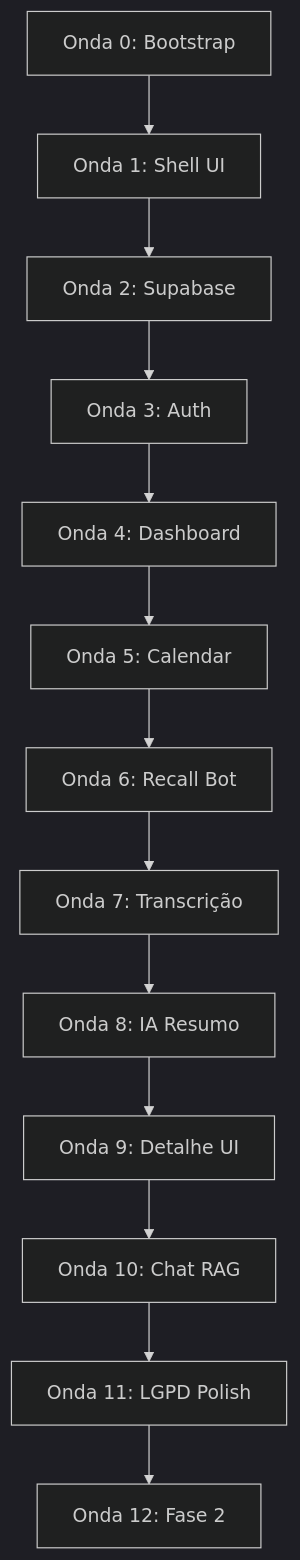
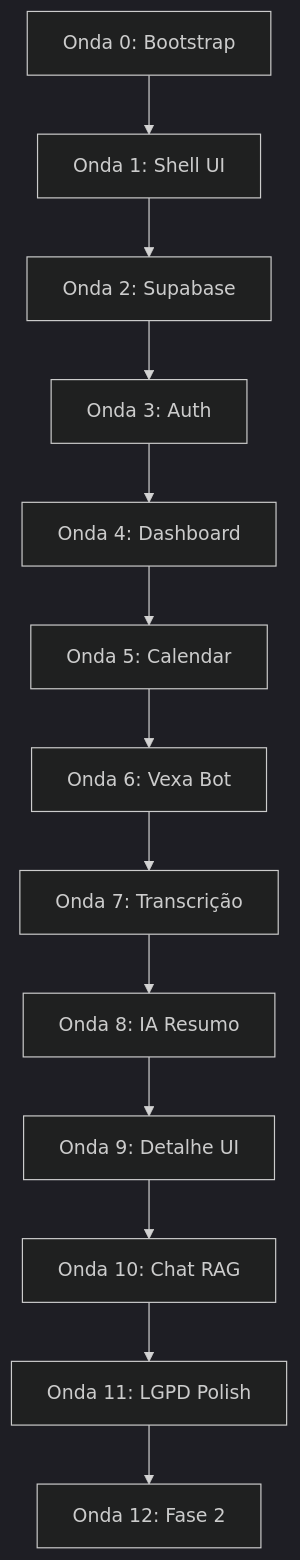
Before and after one commit to solerpedroo/reuniai: the first of 3 diagrams in implementation-plan.md, drawn with Mermaid (dark theme). The commit also changed other lines of this file, not shown here.

Commit message:
docs(wave-6): document native transcript cron and fix Vexa naming in plan

````diff
--- a/implementation-plan.md
+++ b/implementation-plan.md
@@ -62,15 +62,15 @@
 ```mermaid
 flowchart TD
     O0[Onda 0: Bootstrap] --> O1[Onda 1: Shell UI]
     O1 --> O2[Onda 2: Supabase]
     O2 --> O3[Onda 3: Auth]
     O3 --> O4[Onda 4: Dashboard]
     O4 --> O5[Onda 5: Calendar]
-    O5 --> O6[Onda 6: Recall Bot]
+    O5 --> O6[Onda 6: Vexa Bot]
     O6 --> O7[Onda 7: Transcrição]
     O7 --> O8[Onda 8: IA Resumo]
     O8 --> O9[Onda 9: Detalhe UI]
     O9 --> O10[Onda 10: Chat RAG]
     O10 --> O11[Onda 11: LGPD Polish]
     O11 --> O12[Onda 12: Fase 2]
 ```
````
